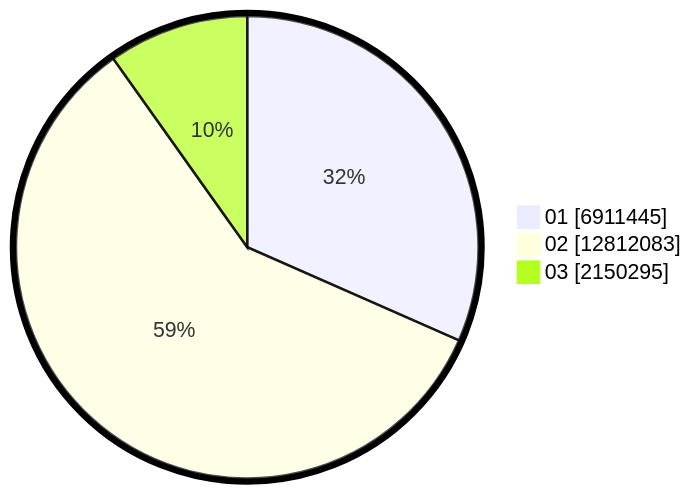
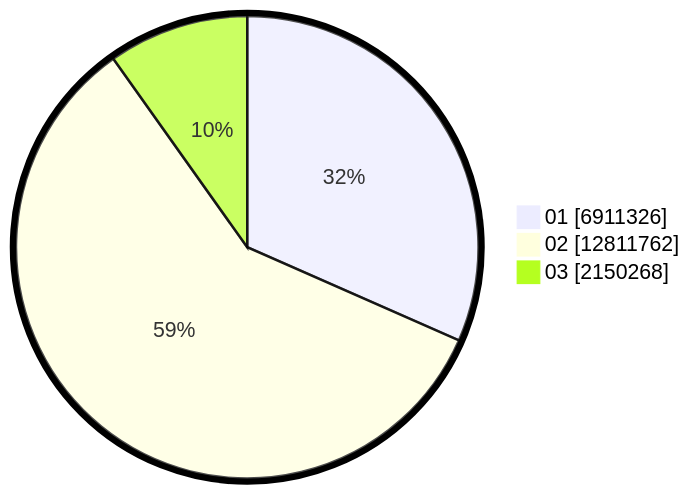
Before and after one commit to gigit-pemilu/pemilu-2024: the second of 2 diagrams in pilpres/hitung-suara/sub/table-wilayah-32.md, drawn with Mermaid. The commit also changed other lines of this file and 7 other files, not shown here.

````diff
--- a/pilpres/hitung-suara/sub/table-wilayah-32.md
+++ b/pilpres/hitung-suara/sub/table-wilayah-32.md
@@ -15,7 +15,7 @@
 ```mermaid
 %%{init: {"pie": {"textPosition": 0.5}, "themeVariables": {"pieOuterStrokeWidth": "5px"}} }%%
 pie showData
-    "01" : 6911445
-    "02" : 12812083
-    "03" : 2150295
+    "01" : 6911326
+    "02" : 12811762
+    "03" : 2150268
 ```
````
